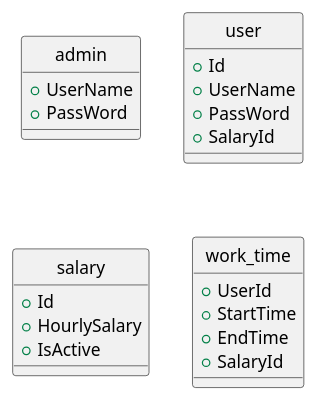
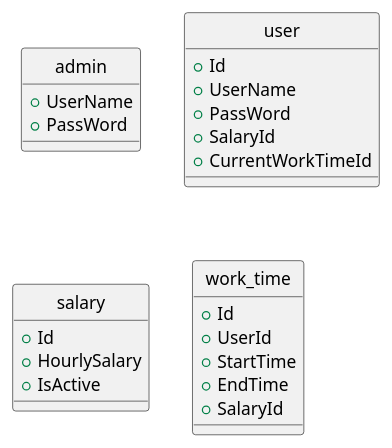
Before and after one commit to YanaPIIDXer/AttendanceSample: the diagram in Document/Database.puml, drawn with PlantUML.

Commit message:
追記。

```diff
--- a/Document/Database.puml
+++ b/Document/Database.puml
@@ -1,29 +1,31 @@
 @startuml
 hide circle
 
 class admin{
    + UserName
    + PassWord
 }
 
 class user{
   + Id
   + UserName
   + PassWord
   + SalaryId
+  + CurrentWorkTimeId
 }
 
 class salary{
   + Id
   + HourlySalary
   + IsActive
 }
 
 class work_time{
+  + Id
   + UserId
   + StartTime
   + EndTime
   + SalaryId
 }
 
 @end
```
